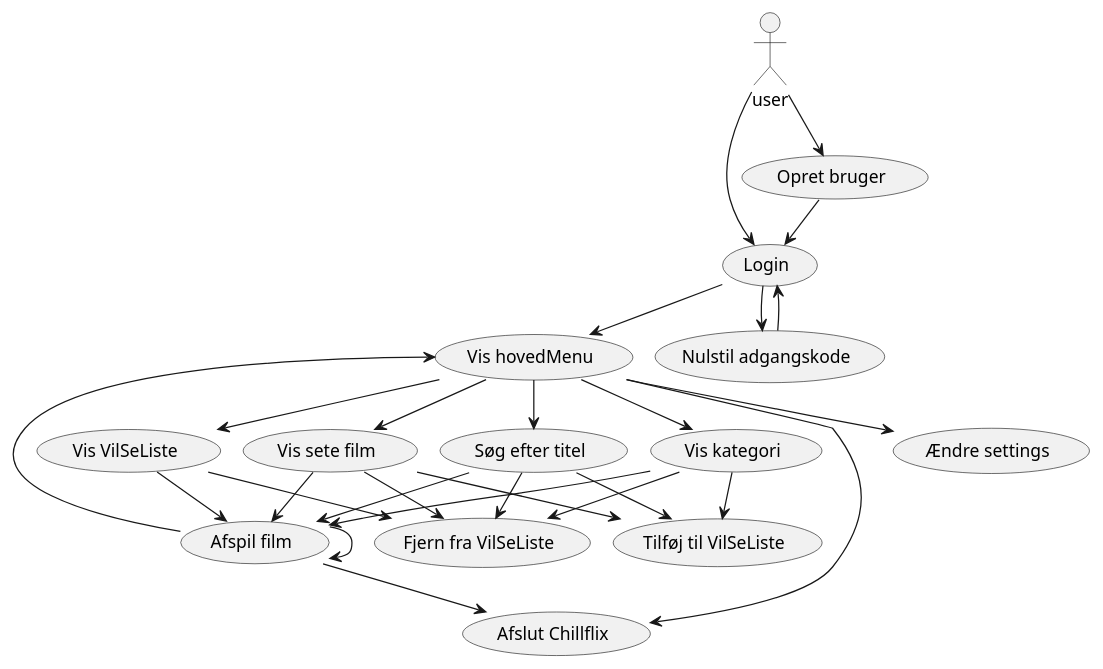
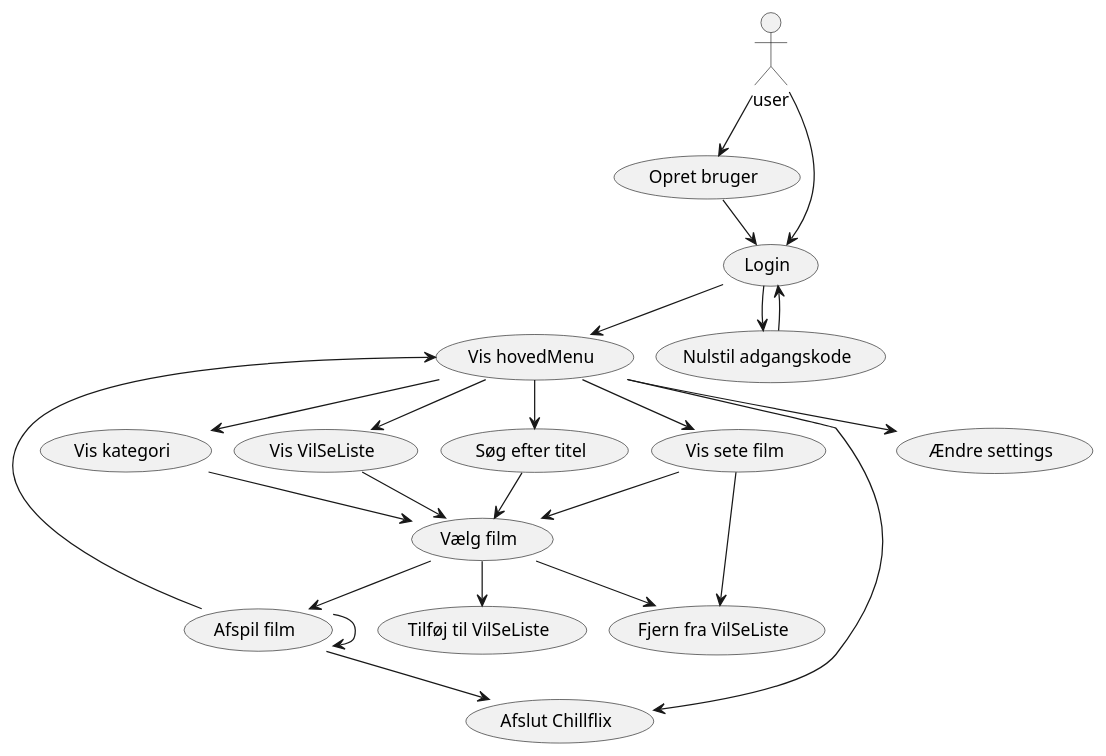
Before and after one commit to Falcho/SP3: the diagram in docs/usecases.puml, drawn with PlantUML.

Commit message:
Rettet usescases efter feedback fra Tess

```diff
--- a/docs/usecases.puml
+++ b/docs/usecases.puml
@@ -1,60 +1,57 @@
 @startuml
 'https://plantuml.com/use-case-diagram
 !pragma layout smetana
 actor user
 
-usecase "Opret bruger" as UC1
+usecase "Opret bruger" as OPRET
 usecase "Login" as UC2
 usecase "Søg efter titel" as UC3
 usecase "Vis kategori" as UC4
-usecase "Ændre settings" as UC5
 usecase "Afspil film" as UC6
 usecase "Tilføj til VilSeListe" as UC7
 usecase "Afslut Chillflix" as UC8
 usecase "Vis sete film" as UC9
 usecase "Vis VilSeListe" as UC10
 usecase "Fjern fra VilSeListe" as UC11
 usecase "Vis hovedMenu" as UC12
 usecase "Nulstil adgangskode" as UC13
+usecase "Vælg film" as UC14
+usecase "Ændre settings" as SETTINGS
 
 
-user-->UC1
-UC1-->UC2
+user-->OPRET
+OPRET-->UC2
 user-->UC2
+UC2-->UC12
+UC2-->UC13
+UC3-->UC14
+UC4-->UC14
+UC6-->UC6
+UC6-->UC8
+UC6-->UC12
+UC9-->UC14
+UC9-->UC11
+UC10-->UC14
 UC12-->UC3
 UC12-->UC4
-UC12-->UC5
-UC2-->UC12
+UC12-->SETTINGS
+UC12-->UC8
 UC12-->UC9
 UC12-->UC10
-UC3-->UC6
-UC3-->UC7
-UC3-->UC11
-UC4-->UC6
-UC4-->UC7
-UC4-->UC11
-UC9-->UC6
-UC9-->UC7
-UC10-->UC6
-UC10-->UC11
-UC9-->UC11
-UC12-->UC8
-UC6-->UC8
-UC6-->UC6
-UC6-->UC12
-UC2-->UC13
 UC13-->UC2
-
+UC14-->UC6
+UC14-->UC7
+UC14-->UC11
 
 
 
 
 
 
 
 
 
 
 
 
 @enduml
```
